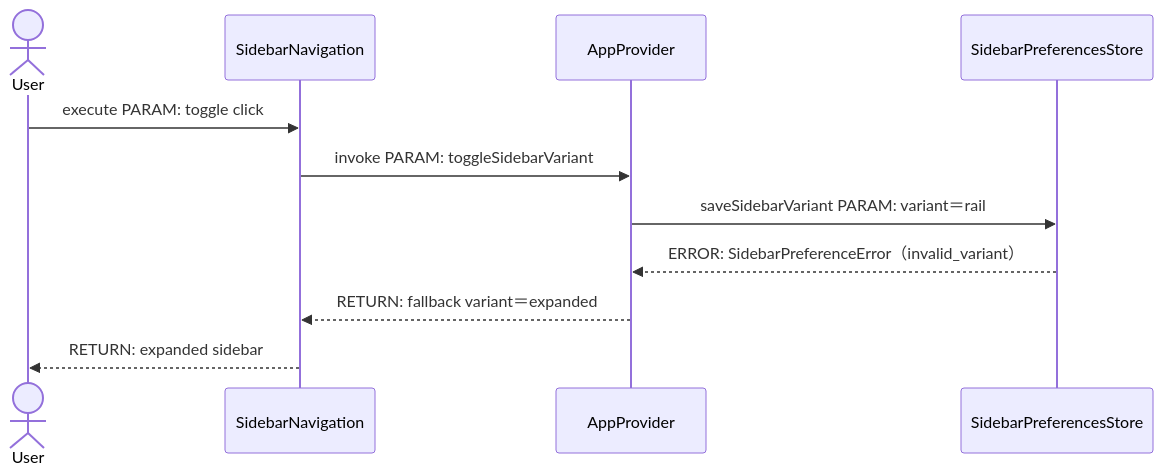
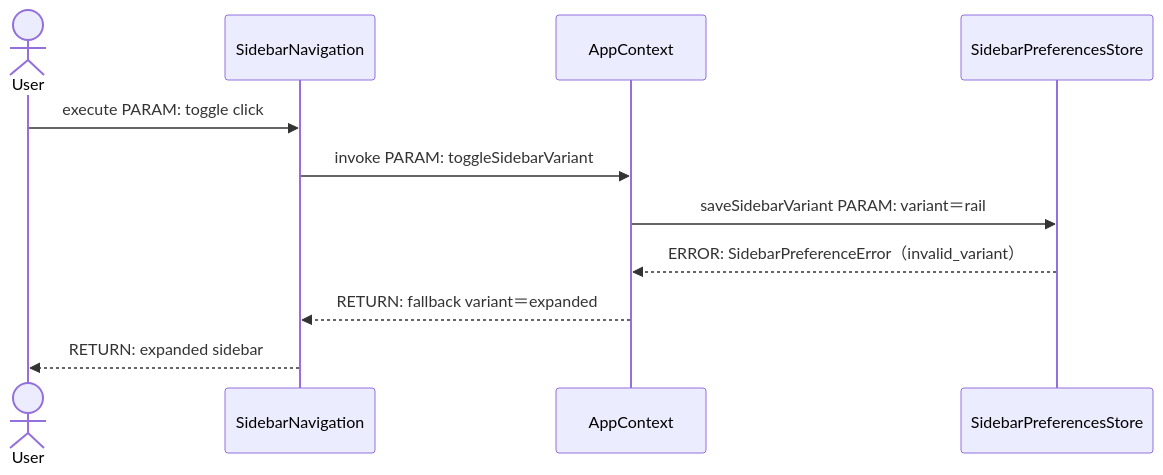
The second of 11 diagrams in .github/copilot/plans/127-layout-sidebar-nav-rail.md (LevelCapTech/Agile-PMBOK-Assist), drawn with Mermaid before and after one commit.

````diff
--- a/.github/copilot/plans/127-layout-sidebar-nav-rail.md
+++ b/.github/copilot/plans/127-layout-sidebar-nav-rail.md
@@ -470,14 +470,14 @@
 ```mermaid
 sequenceDiagram
   actor User
   participant SidebarNavigation
-  participant AppProvider
+  participant AppContext
   participant SidebarPreferencesStore
 
   User->>SidebarNavigation: execute PARAM: toggle click
-  SidebarNavigation->>AppProvider: invoke PARAM: toggleSidebarVariant
-  AppProvider->>SidebarPreferencesStore: saveSidebarVariant PARAM: variant＝rail
-  SidebarPreferencesStore-->>AppProvider: ERROR: SidebarPreferenceError（invalid_variant）
-  AppProvider-->>SidebarNavigation: RETURN: fallback variant＝expanded
+  SidebarNavigation->>AppContext: invoke PARAM: toggleSidebarVariant
+  AppContext->>SidebarPreferencesStore: saveSidebarVariant PARAM: variant＝rail
+  SidebarPreferencesStore-->>AppContext: ERROR: SidebarPreferenceError（invalid_variant）
+  AppContext-->>SidebarNavigation: RETURN: fallback variant＝expanded
   SidebarNavigation-->>User: RETURN: expanded sidebar
 ```
````
